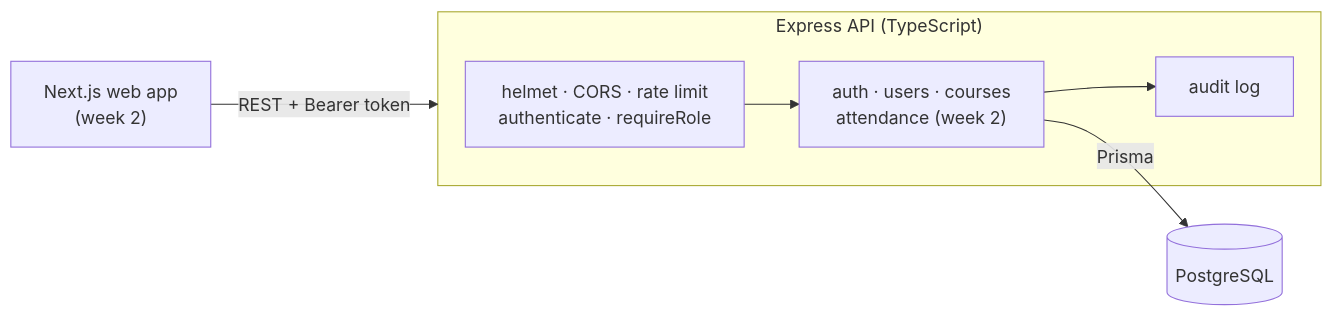
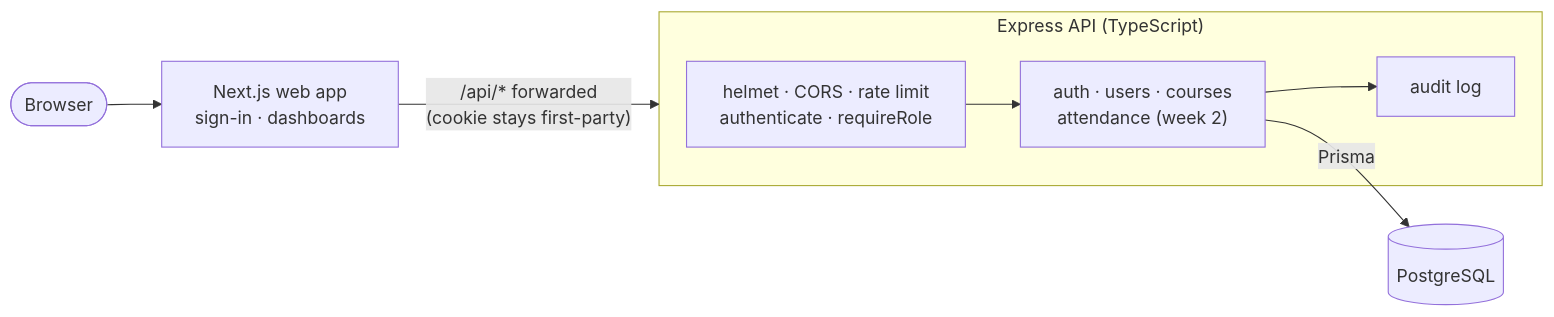
Before and after one commit to kasondebbuku-spec/smart-campus-management: the diagram in README.md, drawn with Mermaid. The commit also changed other lines of this file and 28 other files, not shown here.

First line of the commit message:
Add Next.js web app with sign-in and role-aware dashboard

````diff
--- a/README.md
+++ b/README.md
@@ -33,9 +34,10 @@
 ```mermaid
 flowchart LR
-    Web["Next.js web app<br/>(week 2)"] -->|REST + Bearer token| API
+    Browser([Browser]) --> Web["Next.js web app<br/>sign-in · dashboards"]
+    Web -->|"/api/* forwarded<br/>(cookie stays first-party)"| API
     subgraph API["Express API (TypeScript)"]
       MW["helmet · CORS · rate limit<br/>authenticate · requireRole"] --> M["auth · users · courses<br/>attendance (week 2)"]
       M --> AUD[audit log]
     end
     M -->|Prisma| DB[(PostgreSQL)]
 ```
````
